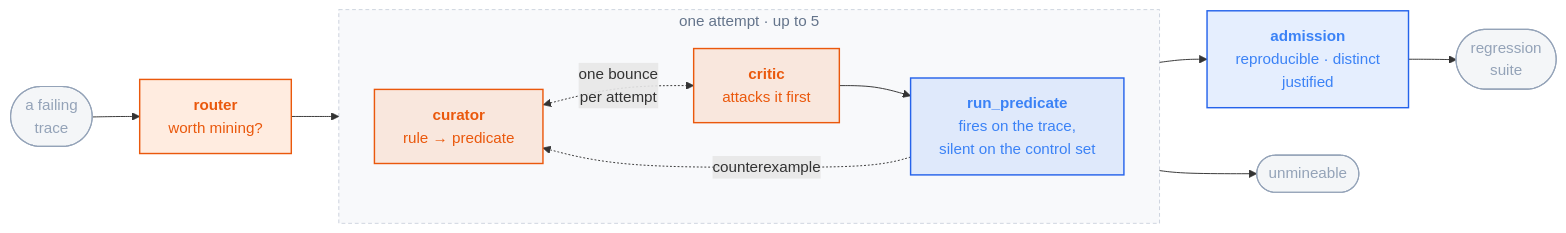
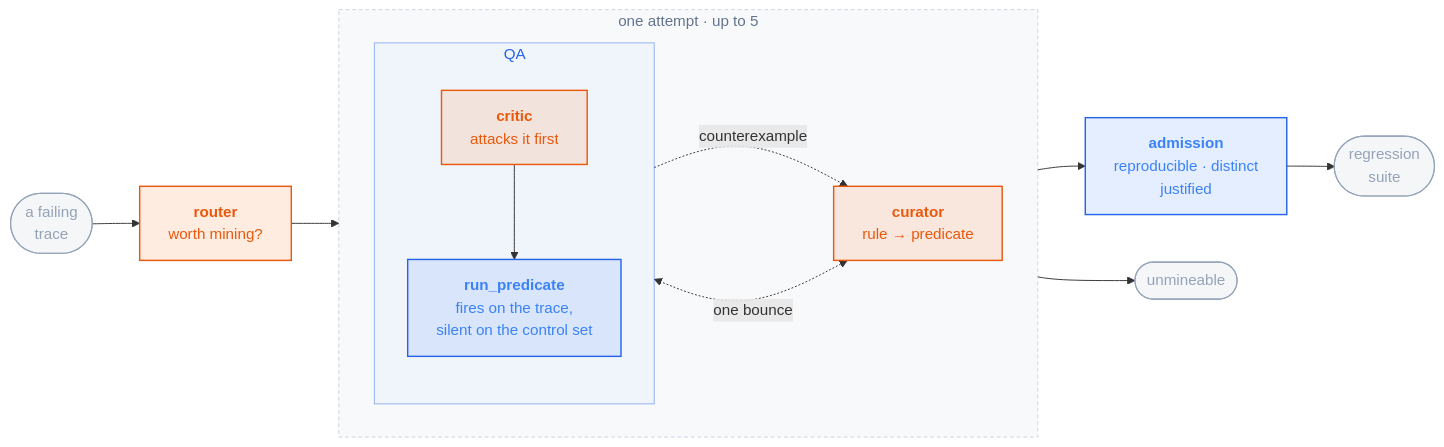
Before and after one commit to sandeepyadav1478/touchstone: the diagram in README.md, drawn with Mermaid. The commit also changed other lines of this file, not shown here.

First line of the commit message:
Group the critic and run_predicate into one QA stage, seam still drawn

````diff
--- a/README.md
+++ b/README.md
@@ -76,24 +76,28 @@
 ```mermaid
 flowchart LR
   T(["a failing<br/>trace"]) --> R["<b>router</b><br/>worth mining?"]
   R --> CU
 
   subgraph ATTEMPT[" &nbsp; one attempt · up to 5 &nbsp; "]
     direction LR
-    CU["<b>curator</b><br/>rule → predicate"] <-. "one bounce<br/>per attempt" .-> CR["<b>critic</b><br/>attacks it first"]
-    CR --> RP["<b>run_predicate</b><br/>fires on the trace,<br/>silent on the control set"]
+    CU["<b>curator</b><br/>rule → predicate"] <-. "one bounce" .-> CR
+    subgraph QA[" &nbsp; QA &nbsp; "]
+      direction TB
+      CR["<b>critic</b><br/>attacks it first"] --> RP["<b>run_predicate</b><br/>fires on the trace,<br/>silent on the control set"]
+    end
     RP -. counterexample .-> CU
   end
 
   RP --> AD["<b>admission</b><br/>reproducible · distinct<br/>justified"]
   RP --> U(["unmineable"])
   AD --> S(["regression<br/>suite"])
 
   classDef m fill:#f9731622,stroke:#ea580c,stroke-width:1.5px,color:#ea580c
   classDef d fill:#3b82f622,stroke:#2563eb,stroke-width:1.5px,color:#3b82f6
   classDef io fill:#94a3b81a,stroke:#94a3b8,stroke-width:1.2px,color:#94a3b8
   class R,CU,CR m
   class RP,AD d
   class T,S,U io
   style ATTEMPT fill:#94a3b810,stroke:#94a3b877,stroke-dasharray:4 3,color:#64748b
+  style QA fill:#3b82f60a,stroke:#2563eb66,stroke-width:1.2px,color:#2563eb
 ```
````
